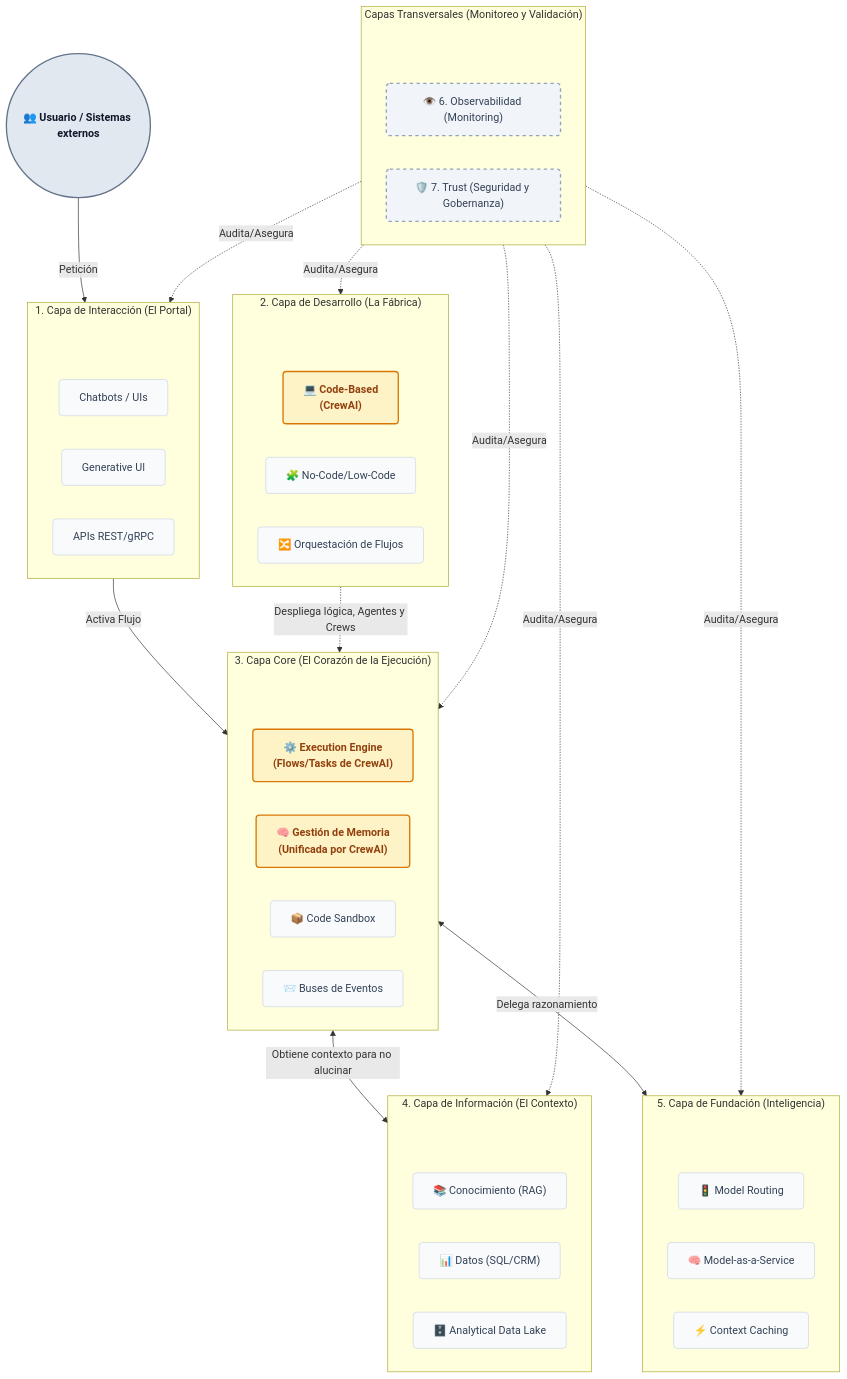
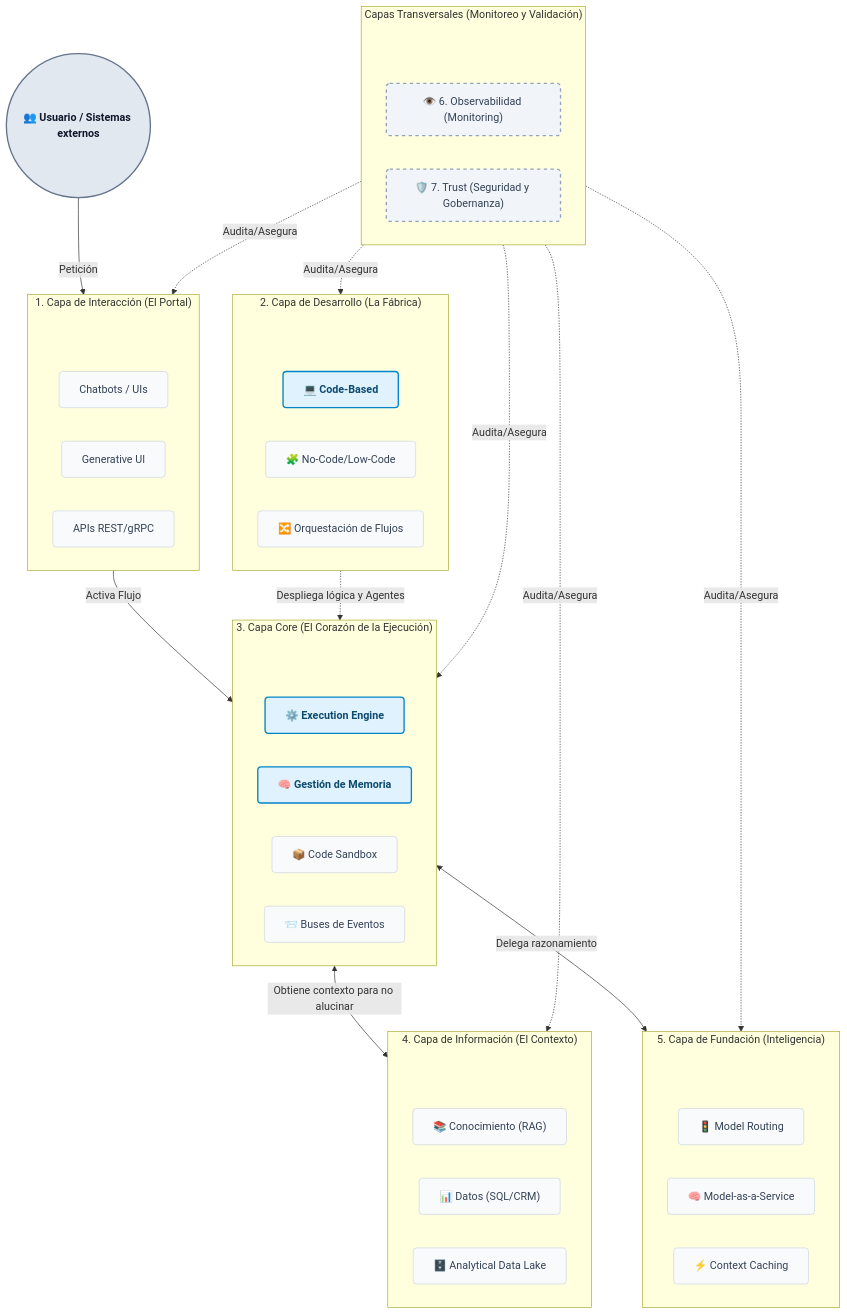
One commit to ahiguerat/openAgents changed the first of 2 diagrams in docs/architecture.md. Above: the diagram before and after it, drawn with Mermaid. The commit also changed other lines of this file and 2 other files, not shown here.

````diff
--- a/docs/architecture.md
+++ b/docs/architecture.md
@@ -20,69 +20,69 @@
 ```mermaid
 flowchart TD
     classDef default fill:#f8fafc,stroke:#cbd5e1,stroke-width:1px,color:#334155,rx:5px,ry:5px;
     classDef user fill:#e2e8f0,stroke:#64748b,stroke-width:2px,color:#0f172a,font-weight:bold;
-    classDef crewai fill:#fef3c7,stroke:#d97706,stroke-width:2px,color:#92400e,font-weight:bold;
+    classDef highlight fill:#e0f2fe,stroke:#0284c7,stroke-width:2px,color:#0c4a6e,font-weight:bold;
     classDef transversales fill:#f1f5f9,stroke:#94a3b8,stroke-width:2px,stroke-dasharray: 5 5;
     classDef spacer fill:transparent,stroke:transparent,color:transparent;
 
     Usuario((👥 Usuario / Sistemas externos)):::user
 
     subgraph L1 ["1. Capa de Interacción (El Portal)"]
         direction LR
         _sp1["　　　　　　　　　　　　　　　　　　　　　　　"]:::spacer
         UI[Chatbots / UIs]
         GenUI[Generative UI]
         API[APIs REST/gRPC]
     end
 
     subgraph L2 ["2. Capa de Desarrollo (La Fábrica)"]
         direction LR
         _sp2["　　　　　　　　　　　　　　　　　　　　　　　"]:::spacer
-        CodeDev["💻 Code-Based<br/>(CrewAI)"]:::crewai
+        CodeDev["💻 Code-Based"]:::highlight
         NoCode["🧩 No-Code/Low-Code"]
         FlowOrch["🔀 Orquestación de Flujos"]
     end
 
     subgraph L3 ["3. Capa Core (El Corazón de la Ejecución)"]
         direction LR
         _sp3["　　　　　　　　　　　　　　　　　　　　　　　　　　　　　"]:::spacer
-        ExecEngine["⚙️ Execution Engine<br/>(Flows/Tasks de CrewAI)"]:::crewai
-        Memoria["🧠 Gestión de Memoria<br/>(Unificada por CrewAI)"]:::crewai
+        ExecEngine["⚙️ Execution Engine"]:::highlight
+        Memoria["🧠 Gestión de Memoria"]:::highlight
         Sandbox["📦 Code Sandbox"]
         EventBus["📨 Buses de Eventos"]
     end
 
     subgraph L4 ["4. Capa de Información (El Contexto)"]
         direction LR
         _sp4["　　　　　　　　　　　　　　　　　　　　　　　"]:::spacer
         RAG["📚 Conocimiento (RAG)"]
         OpsData["📊 Datos (SQL/CRM)"]
         DataLake["🗄️ Analytical Data Lake"]
     end
 
     subgraph L5 ["5. Capa de Fundación (Inteligencia)"]
         direction LR
         _sp5["　　　　　　　　　　　　　　　　　　　　　　　"]:::spacer
         Router["🚦 Model Routing"]
         MaaS["🧠 Model-as-a-Service"]
         Cache["⚡ Context Caching"]
     end
 
     subgraph Transversales ["Capas Transversales (Monitoreo y Validación)"]
         direction LR
         _sp6["　　　　　　　　　　　　　　　　　　　　　　　　　　　　　"]:::spacer
         Obs["👁️ 6. Observabilidad (Monitoring)"]:::transversales
         Trust["🛡️ 7. Trust (Seguridad y Gobernanza)"]:::transversales
     end
 
     Usuario -->|Petición| L1
     L1 -->|Activa Flujo| L3
-    L2 -.->|Despliega lógica, Agentes y Crews| L3
+    L2 -.->|Despliega lógica y Agentes| L3
     L3 <-->|Obtiene contexto para no alucinar| L4
     L3 <-->|Delega razonamiento| L5
     Transversales -.->|Audita/Asegura| L1
     Transversales -.->|Audita/Asegura| L2
     Transversales -.->|Audita/Asegura| L3
     Transversales -.->|Audita/Asegura| L4
     Transversales -.->|Audita/Asegura| L5
 ```
````
